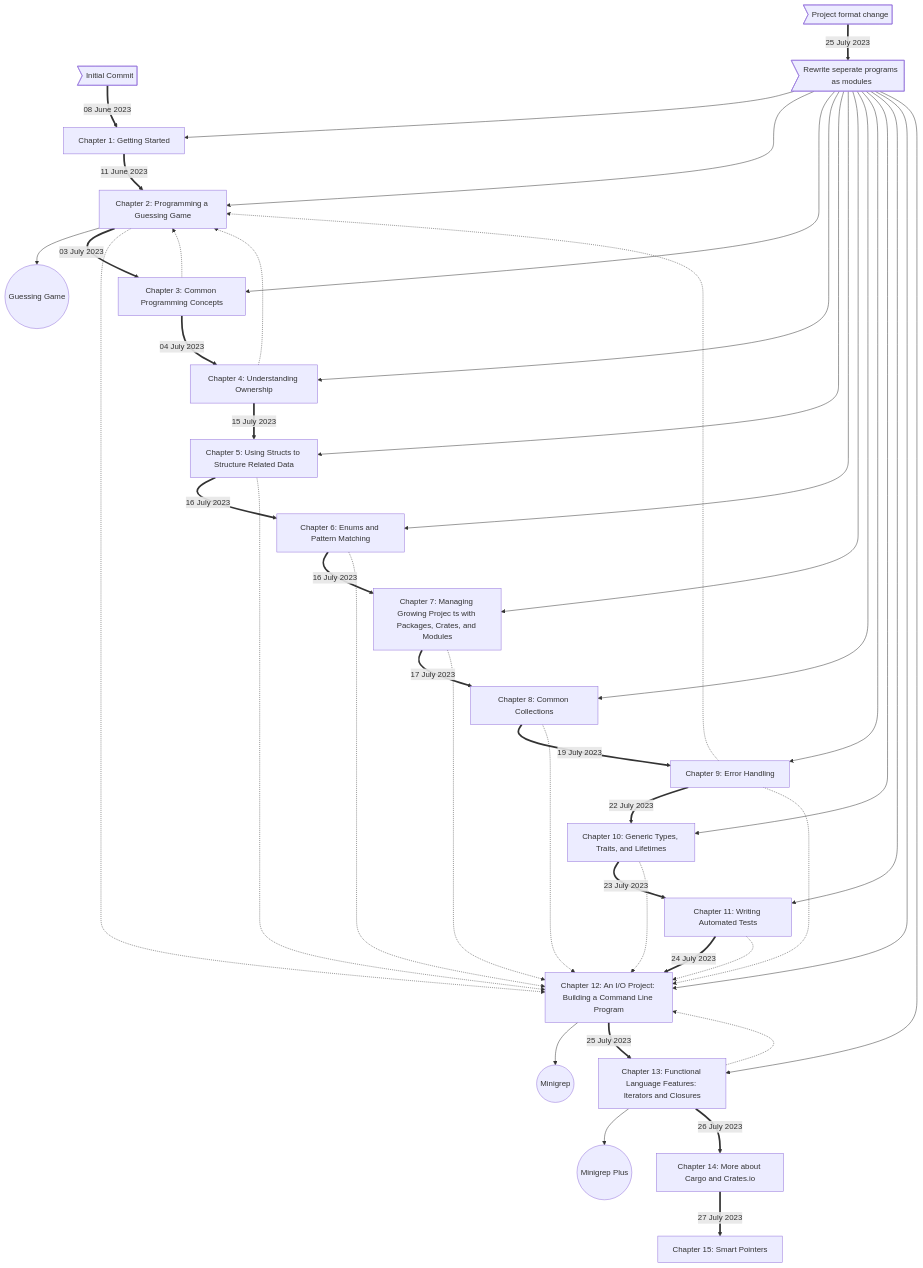
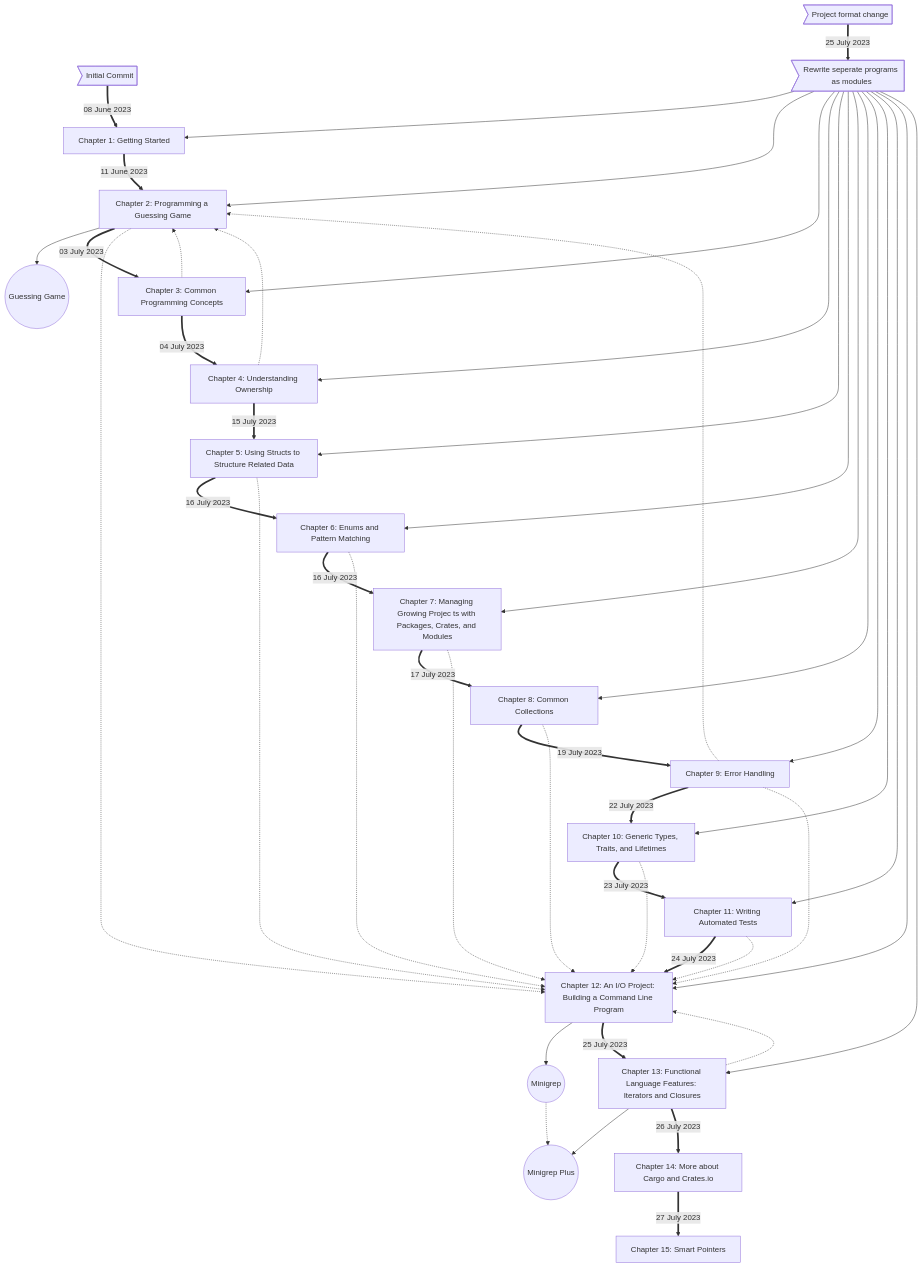
The diagram in README.md (c4collins/the-rust-programming-language-rust-2021), drawn with Mermaid before and after one commit. The commit also changed 1 other file, not shown here.

Commit message:
Added comments/docs to Chapter 15

````diff
--- a/README.md
+++ b/README.md
@@ -19,58 +19,60 @@
 ```mermaid 
 flowchart TD
     0> Initial Commit ] == 08 June 2023 ==> 1[Chapter 1: Getting Started]
     1 == 11 June 2023 ==> 2[Chapter 2: Programming a Guessing Game]
     2 --> P1((Guessing Game))
 
     2 == 03 July 2023 ==> 3[Chapter 3: Common Programming Concepts]
     3 -.-> 2
 
     3 == 04 July 2023 ==> 4[Chapter 4: Understanding Ownership]
     4 -.-> 2
 
     4 == 15 July 2023 ==> 5[Chapter 5: Using Structs to Structure Related Data]
     5 == 16 July 2023 ==> 6[Chapter 6: Enums and Pattern Matching]
     6 == 16 July 2023 ==> 7[Chapter 7: Managing Growing Projec ts with Packages, Crates, and Modules]
     7 == 17 July 2023 ==> 8[Chapter 8: Common Collections]
     8 == 19 July 2023 ==> 9[Chapter 9: Error Handling]
 
     9 == 22 July 2023 ==> 10[Chapter 10: Generic Types, Traits, and Lifetimes]
     9 -.-> 2
 
     10 == 23 July 2023 ==> 11[Chapter 11: Writing Automated Tests]
 
     11 == 24 July 2023 ==> 12[Chapter 12: An I/O Project: Building a Command Line Program]
     2 -.-> 12
     5 -.-> 12
     6 -.-> 12
     7 -.-> 12
     8 -.-> 12
     9 -.-> 12
     10 -.-> 12
     11 -.-> 12
     12 --> P2((Minigrep))
 
 
     00> Project format change ] == 25 July 2023 ==> 000> Rewrite seperate programs as modules ]
     000 --> 1
     000 --> 2
     000 --> 3
     000 --> 4
     000 --> 5
     000 --> 6
     000 --> 7
     000 --> 8
     000 --> 9
     000 --> 10
     000 --> 11
     000 --> 12
     000 --> 13
 
     12 == 25 July 2023 ==> 13[Chapter 13: Functional Language Features: Iterators and Closures]
     13 -.-> 12
+
     13 --> P3((Minigrep Plus))
+    P2 -.-> P3
 
     13 == 26 July 2023 ==> 14[Chapter 14: More about Cargo and Crates.io]
 
     14 == 27 July 2023 ==> 15[Chapter 15: Smart Pointers]
 ```
````
